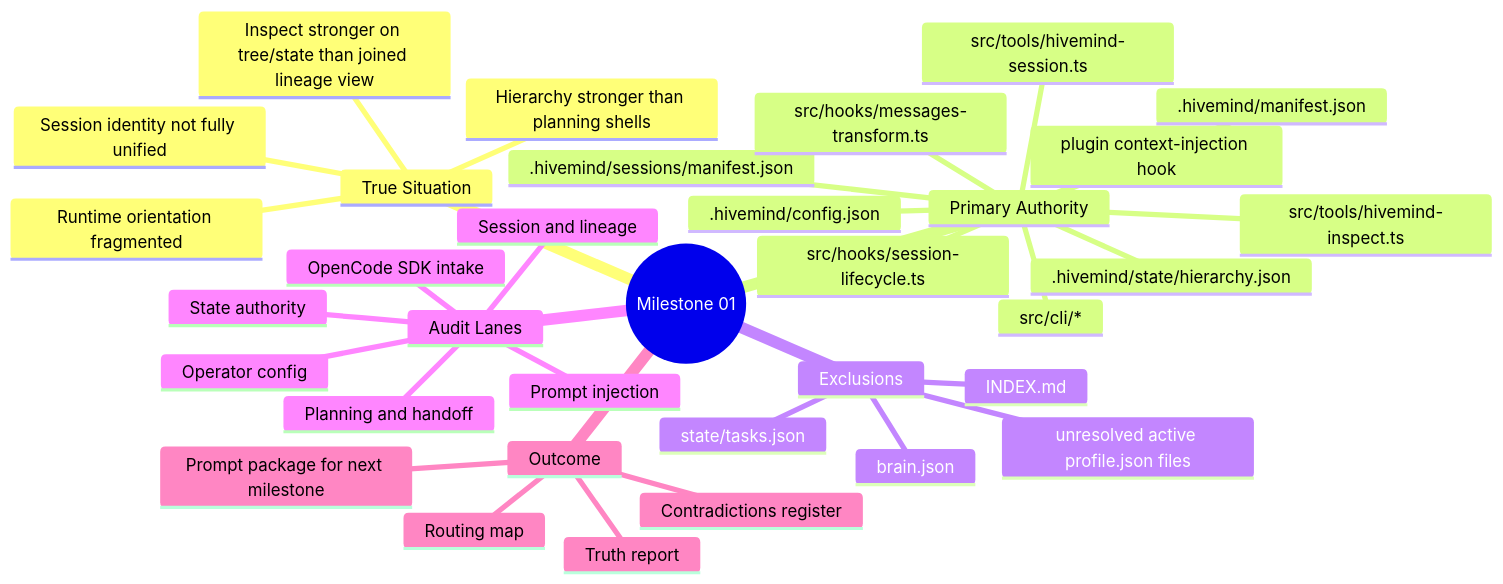
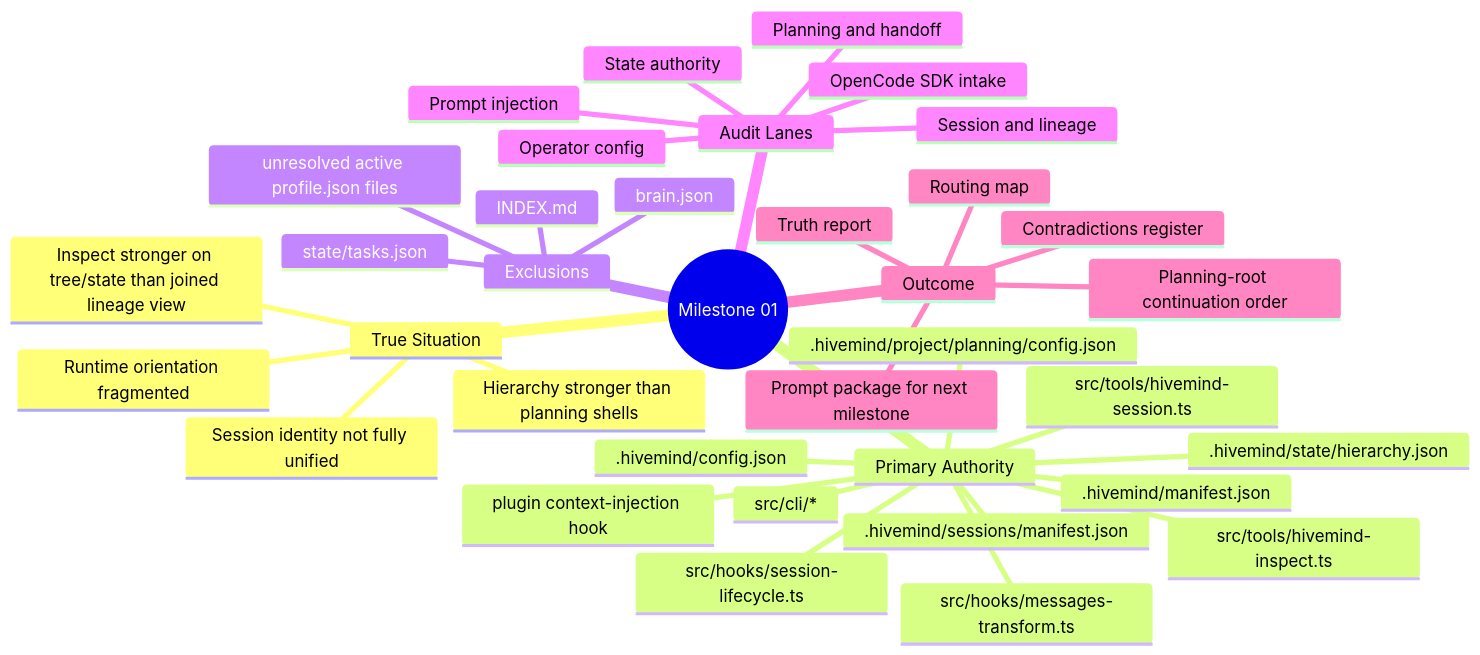
One commit to shynlee04/hivemind-plugin changed the first of 2 diagrams in .hivemind/project/planning/debug/active/milestone-01-current-state-audit-launch-2026-03-06.md. Above: the diagram before and after it, drawn with Mermaid. The commit also changed other lines of this file and 7 other files, not shown here.

Commit message:
docs(continuity): align planning-root continuation control

````diff
--- a/.hivemind/project/planning/debug/active/milestone-01-current-state-audit-launch-2026-03-06.md
+++ b/.hivemind/project/planning/debug/active/milestone-01-current-state-audit-launch-2026-03-06.md
@@ -128,37 +132,39 @@
 ```mermaid
 mindmap
   root((Milestone 01))
     True Situation
       Runtime orientation fragmented
       Hierarchy stronger than planning shells
       Session identity not fully unified
       Inspect stronger on tree/state than joined lineage view
     Primary Authority
       .hivemind/config.json
       .hivemind/manifest.json
       .hivemind/state/hierarchy.json
       .hivemind/sessions/manifest.json
+      .hivemind/project/planning/config.json
       src/cli/*
       src/tools/hivemind-session.ts
       src/tools/hivemind-inspect.ts
       src/hooks/session-lifecycle.ts
       src/hooks/messages-transform.ts
       plugin context-injection hook
     Exclusions
       brain.json
       INDEX.md
       state/tasks.json
       unresolved active profile.json files
     Audit Lanes
       State authority
       Session and lineage
       Prompt injection
       Planning and handoff
       Operator config
       OpenCode SDK intake
     Outcome
       Truth report
       Contradictions register
       Routing map
       Prompt package for next milestone
+      Planning-root continuation order
 ```
````
